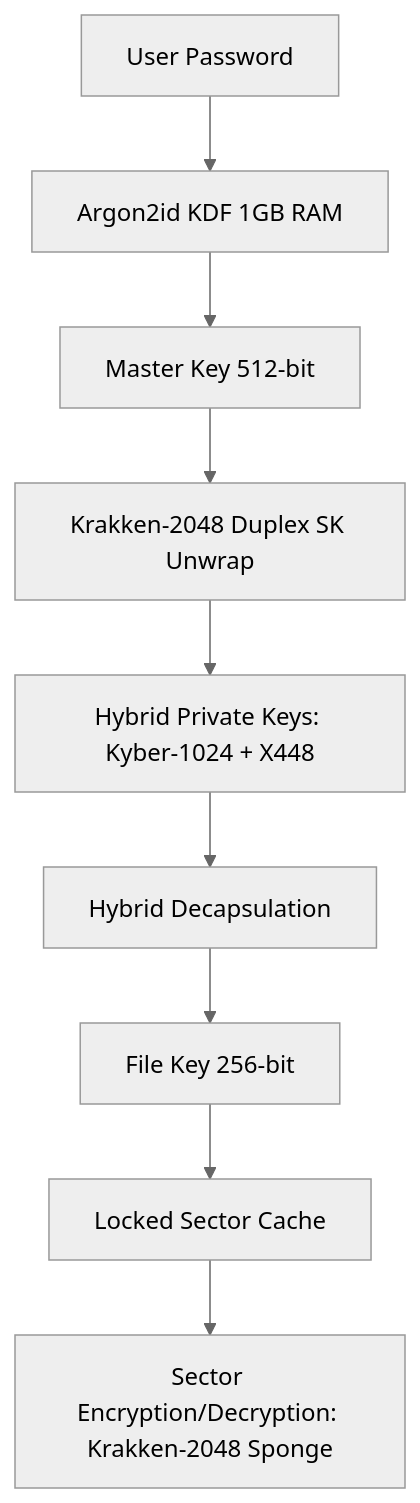
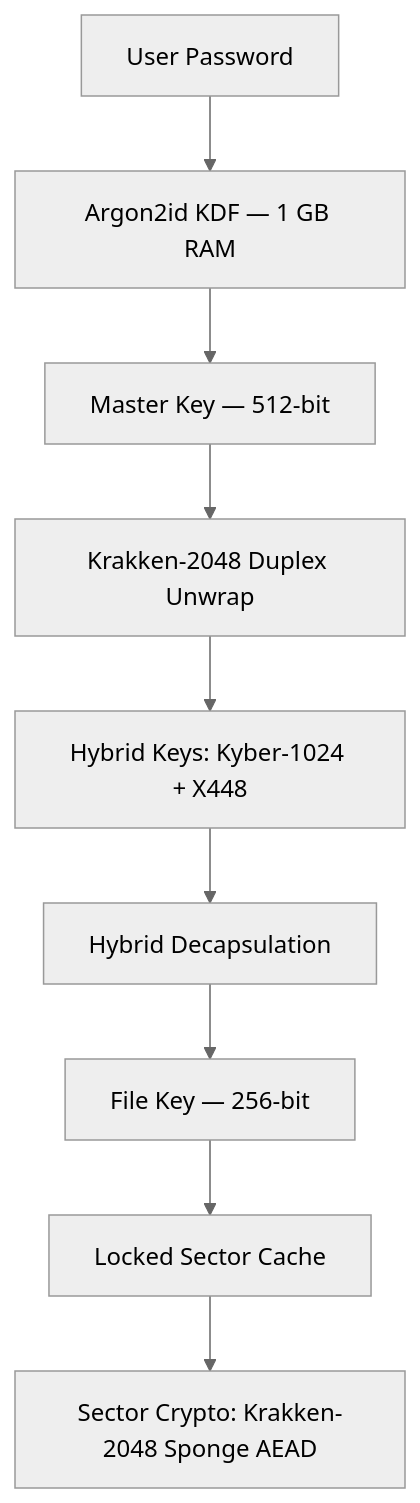
One commit to effjy/krakken-disk changed the diagram in README.md. Above: the diagram before and after it, drawn with Mermaid (neutral theme). The commit also changed other lines of this file, not shown here.

````diff
--- a/README.md
+++ b/README.md
@@ -28,11 +30,11 @@
 ```mermaid
 graph TD
-    Password[User Password] --> Argon2id[Argon2id KDF 1GB RAM]
-    Argon2id --> MasterKey[Master Key 512-bit]
-    MasterKey --> KrakkenDecrypt[Krakken-2048 Duplex SK Unwrap]
-    KrakkenDecrypt --> HybridKeys[Hybrid Private Keys: Kyber-1024 + X448]
+    Password[User Password] --> Argon2id[Argon2id KDF — 1 GB RAM]
+    Argon2id --> MasterKey[Master Key — 512-bit]
+    MasterKey --> KrakkenDecrypt[Krakken-2048 Duplex Unwrap]
+    KrakkenDecrypt --> HybridKeys[Hybrid Keys: Kyber-1024 + X448]
     HybridKeys --> HybridDecaps[Hybrid Decapsulation]
-    HybridDecaps --> FileKey[File Key 256-bit]
+    HybridDecaps --> FileKey[File Key — 256-bit]
     FileKey --> SectorCache[Locked Sector Cache]
-    SectorCache --> SectorDec[Sector Encryption/Decryption: Krakken-2048 Sponge]
+    SectorCache --> SectorDec[Sector Crypto: Krakken-2048 Sponge AEAD]
 ```
````
